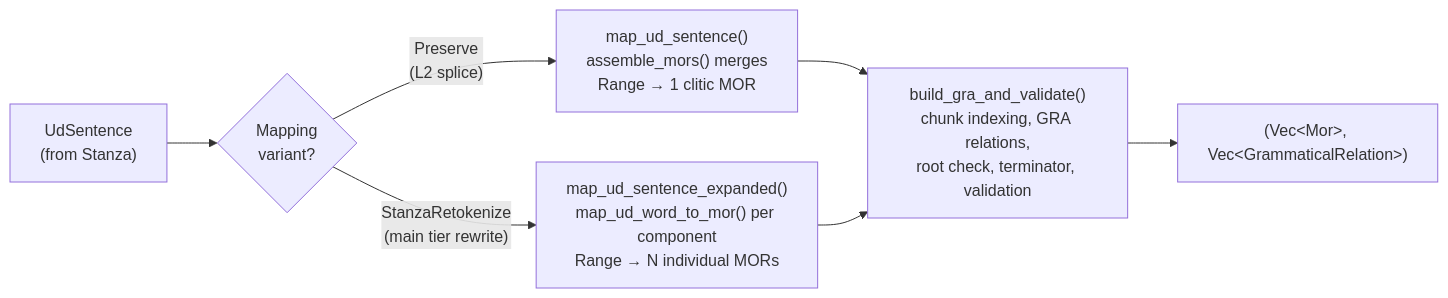
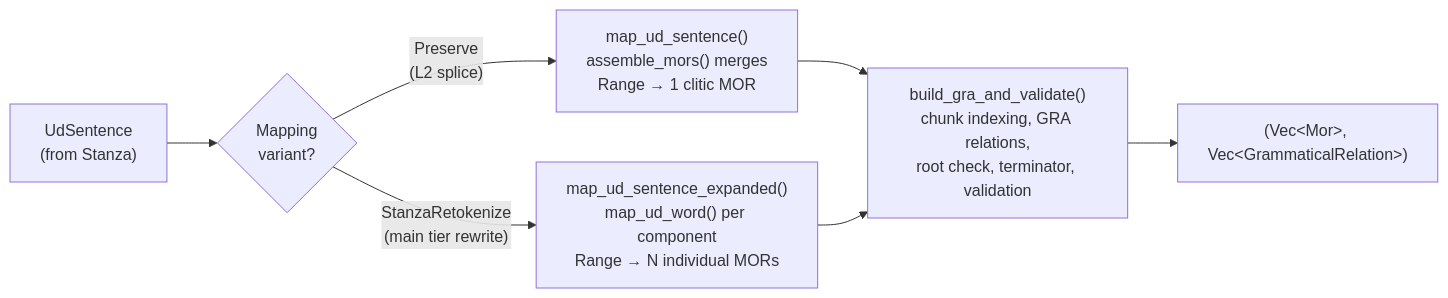
One commit to FranklinChen/talkbank-tools changed the second of 3 diagrams in book/src/batchalign/reference/morphosyntax.md. Above: the diagram before and after it, drawn with Mermaid. The commit also changed other lines of this file and 470 other files, not shown here.

````diff
--- a/book/src/batchalign/reference/morphosyntax.md
+++ b/book/src/batchalign/reference/morphosyntax.md
@@ -318,14 +329,14 @@
 ```mermaid
 flowchart LR
     ud["UdSentence\n(from Stanza)"]
     mode{"Mapping\nvariant?"}
     merged["map_ud_sentence()\nassemble_mors() merges\nRange → 1 clitic MOR"]
-    expanded["map_ud_sentence_expanded()\nmap_ud_word_to_mor() per component\nRange → N individual MORs"]
+    expanded["map_ud_sentence_expanded()\nmap_ud_word() per component\nRange → N individual MORs"]
     gra["build_gra_and_validate()\nchunk indexing, GRA relations,\nroot check, terminator, validation"]
     out["(Vec&lt;Mor&gt;, Vec&lt;GrammaticalRelation&gt;)"]
 
     ud --> mode
     mode -->|"Preserve\n(L2 splice)"| merged --> gra
     mode -->|"StanzaRetokenize\n(main tier rewrite)"| expanded --> gra
     gra --> out
 ```
````
